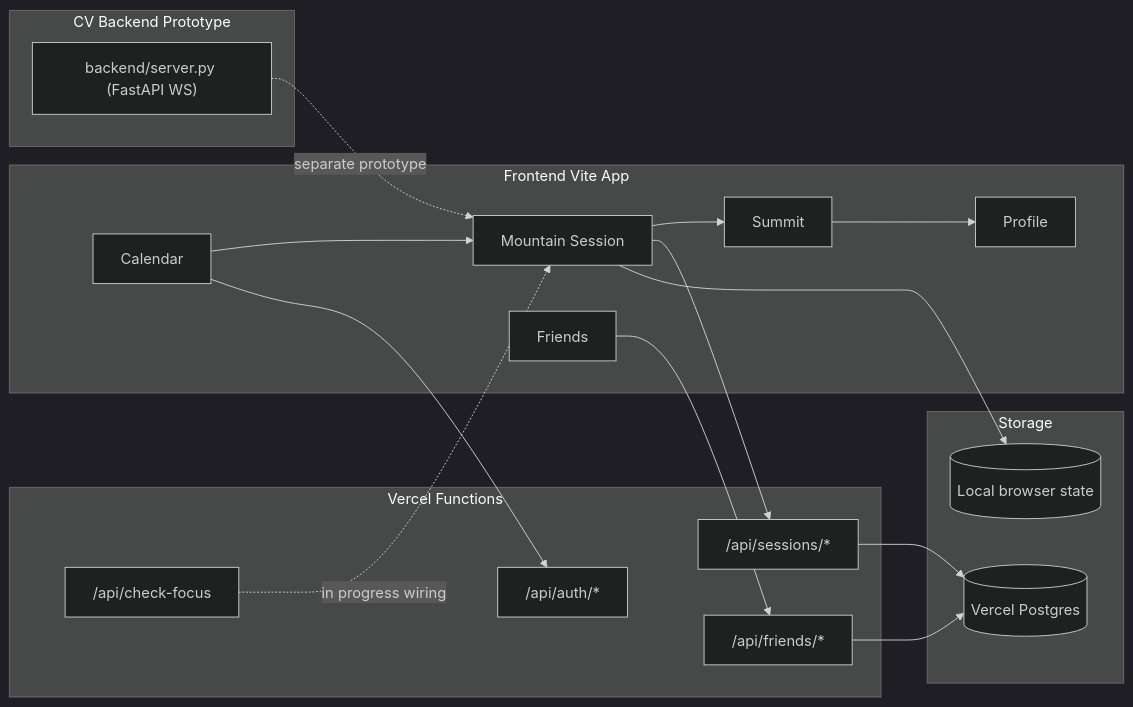
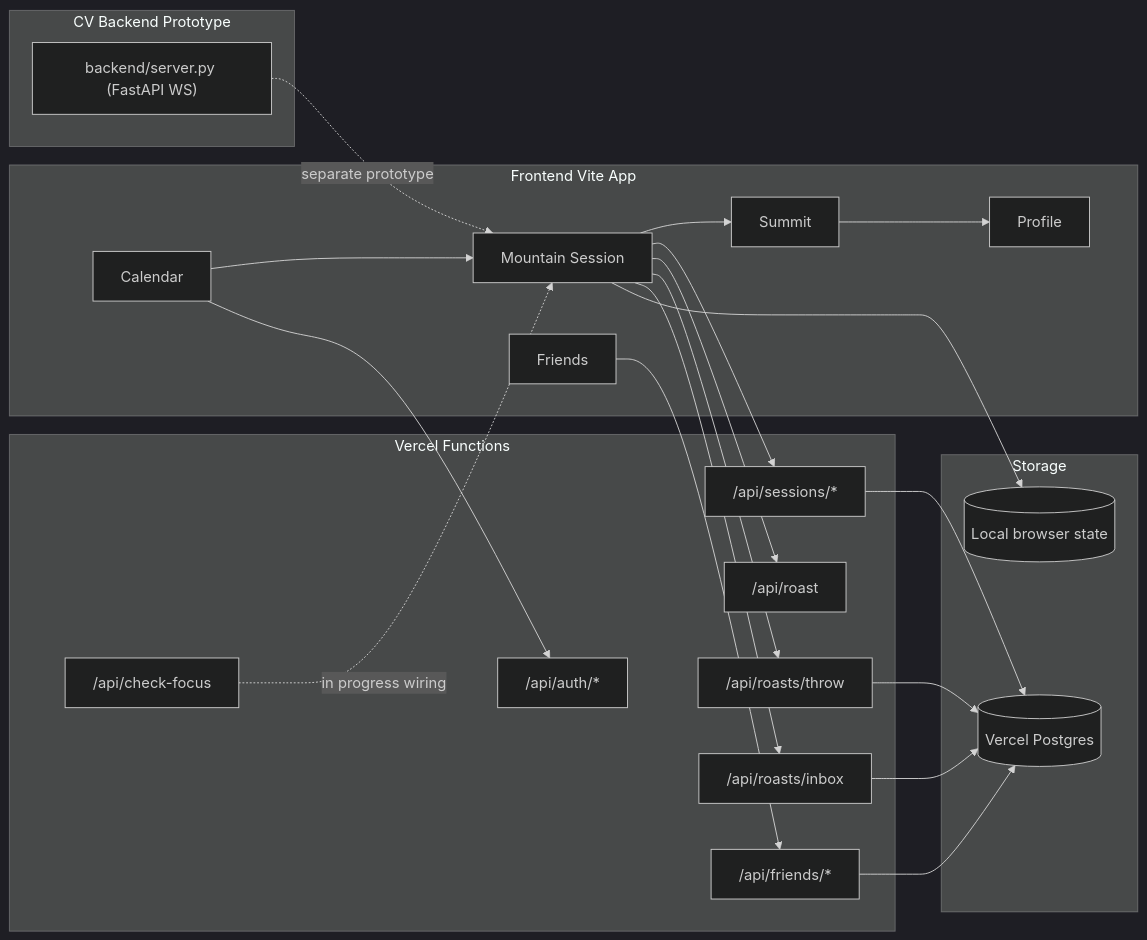
Before and after one commit to zachgalbs/nyu-eeg-hack: the diagram in README.md, drawn with Mermaid (dark theme). The commit also changed other lines of this file and 19 other files, not shown here.

First line of the commit message:
feat: harden demo mountain flow and friend-throw roast pipeline

````diff
--- a/README.md
+++ b/README.md
@@ -115,36 +120,44 @@
 ```mermaid
 flowchart LR
   subgraph client [Frontend Vite App]
     Calendar[Calendar]
     Mountain[Mountain Session]
     Summit[Summit]
     Friends[Friends]
     Profile[Profile]
   end
 
   subgraph serverless [Vercel Functions]
     Auth["/api/auth/*"]
     FriendsApi["/api/friends/*"]
     SessionsApi["/api/sessions/*"]
     FocusApi["/api/check-focus"]
+    RoastApi["/api/roast"]
+    RoastThrowApi["/api/roasts/throw"]
+    RoastInboxApi["/api/roasts/inbox"]
   end
 
   subgraph data [Storage]
     VercelPostgres[(Vercel Postgres)]
     LocalState[(Local browser state)]
   end
 
   subgraph cv [CV Backend Prototype]
     EyeServer["backend/server.py (FastAPI WS)"]
   end
 
   Calendar --> Mountain --> Summit --> Profile
   Friends --> FriendsApi
   Calendar --> Auth
   Mountain --> SessionsApi
+  Mountain --> RoastApi
+  Mountain --> RoastThrowApi
+  Mountain --> RoastInboxApi
   SessionsApi --> VercelPostgres
   FriendsApi --> VercelPostgres
+  RoastThrowApi --> VercelPostgres
+  RoastInboxApi --> VercelPostgres
   Mountain --> LocalState
   FocusApi -.in progress wiring.-> Mountain
   EyeServer -.separate prototype.-> Mountain
 ```
````
